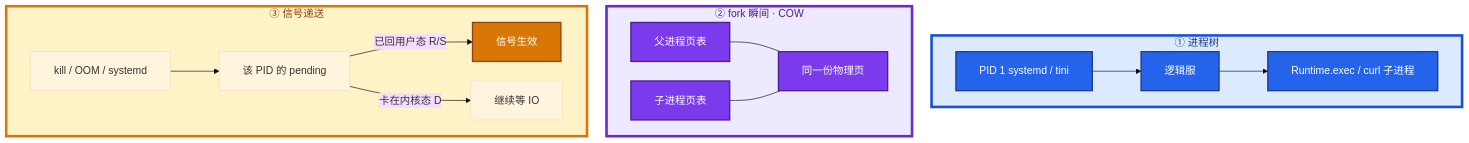
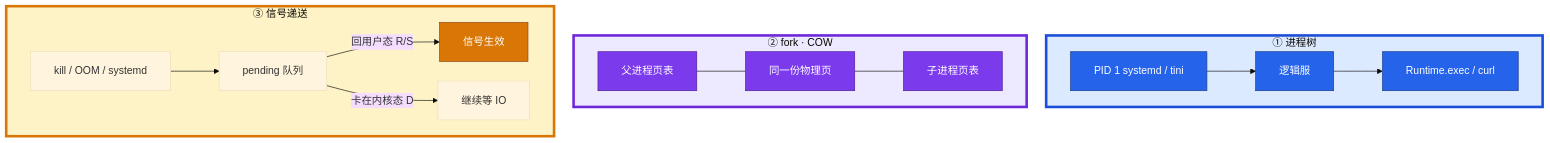
Before and after one commit to ml-cuizijun/LearnToLilith: the second of 8 diagrams in 02-基础底座/02-进程与信号/知识点.md, drawn with Mermaid. The commit also changed other lines of this file and 213 other files, not shown here.

````diff
--- a/02-基础底座/02-进程与信号/知识点.md
+++ b/02-基础底座/02-进程与信号/知识点.md
@@ -95,36 +76,31 @@
 ```mermaid
 %%{init: {"flowchart": {"padding": 18, "nodeSpacing": 30, "rankSpacing": 50}, "theme": "base"}}%%
 flowchart TB
     subgraph tree ["① 进程树"]
         init[PID 1 systemd / tini]
         logic[逻辑服]
-        child["Runtime.exec / curl 子进程"]
-        init --> logic
-        logic --> child
+        child["Runtime.exec / curl"]
+        init --> logic --> child
     end
 
-    subgraph cow ["② fork 瞬间 · COW"]
-        parent[父进程页表]
-        pages[同一份物理页]
-        childp[子进程页表]
-        parent --- pages
-        childp --- pages
+    subgraph cow ["② fork · COW"]
+        parent[父进程页表] --- pages[同一份物理页] --- childp[子进程页表]
     end
 
     subgraph sig ["③ 信号递送"]
-        src["kill / OOM / systemd"] --> pend[该 PID 的 pending]
-        pend -->|已回用户态 R/S| die[信号生效]
+        src["kill / OOM / systemd"] --> pend[pending 队列]
+        pend -->|回用户态 R/S| die[信号生效]
         pend -->|卡在内核态 D| wait[继续等 IO]
     end
 
-    classDef a fill:#2563EB,stroke:#1E3A8A,stroke-width:2px,color:#fff
-    classDef b fill:#7C3AED,stroke:#4C1D95,stroke-width:2px,color:#fff
-    classDef c fill:#D97706,stroke:#92400E,stroke-width:2px,color:#fff
+    classDef a fill:#2563EB,stroke:#1E3A8A,color:#fff
+    classDef b fill:#7C3AED,stroke:#4C1D95,color:#fff
+    classDef c fill:#D97706,stroke:#92400E,color:#fff
     class init,logic,child a
     class parent,childp,pages b
     class die c
 
-    style tree fill:#DBEAFE,stroke:#1D4ED8,stroke-width:4px,color:#1E3A8A
-    style cow fill:#EDE9FE,stroke:#6D28D9,stroke-width:4px,color:#4C1D95
-    style sig fill:#FEF3C7,stroke:#D97706,stroke-width:4px,color:#92400E
+    style tree fill:#DBEAFE,stroke:#1D4ED8,stroke-width:4px
+    style cow fill:#EDE9FE,stroke:#6D28D9,stroke-width:4px
+    style sig fill:#FEF3C7,stroke:#D97706,stroke-width:4px
 ```
````
